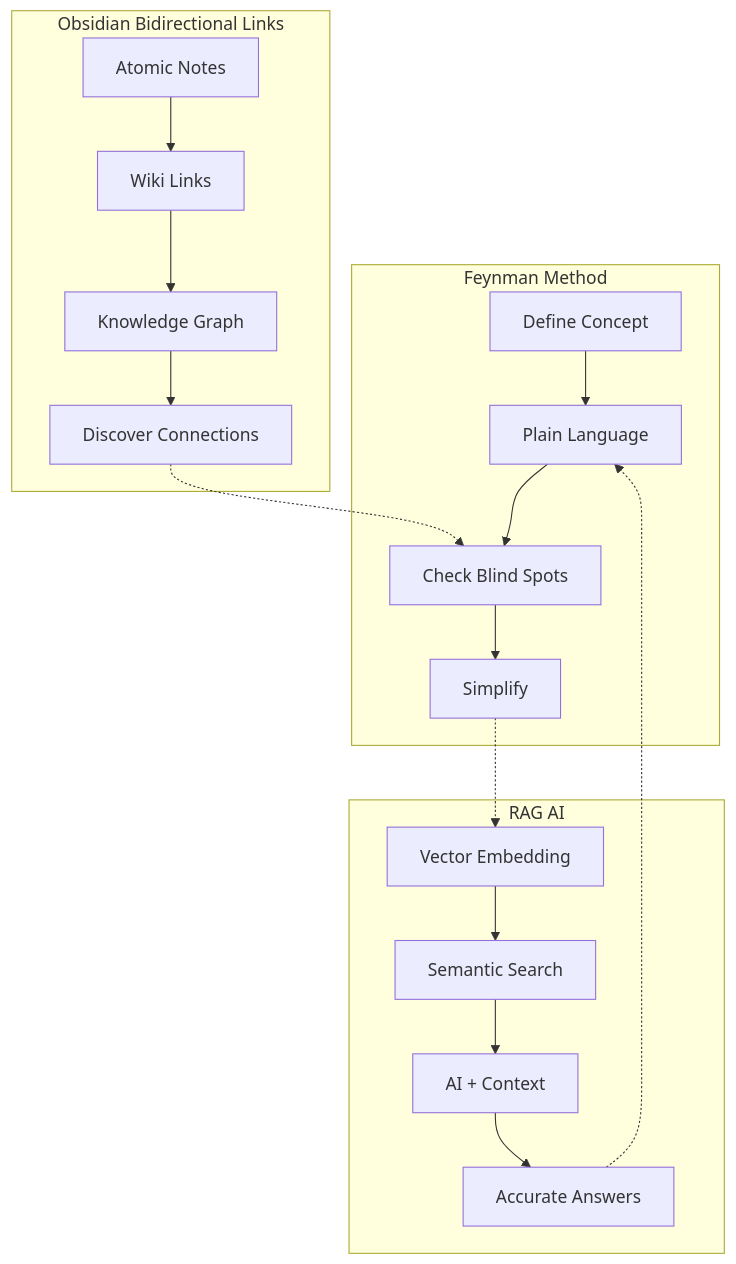
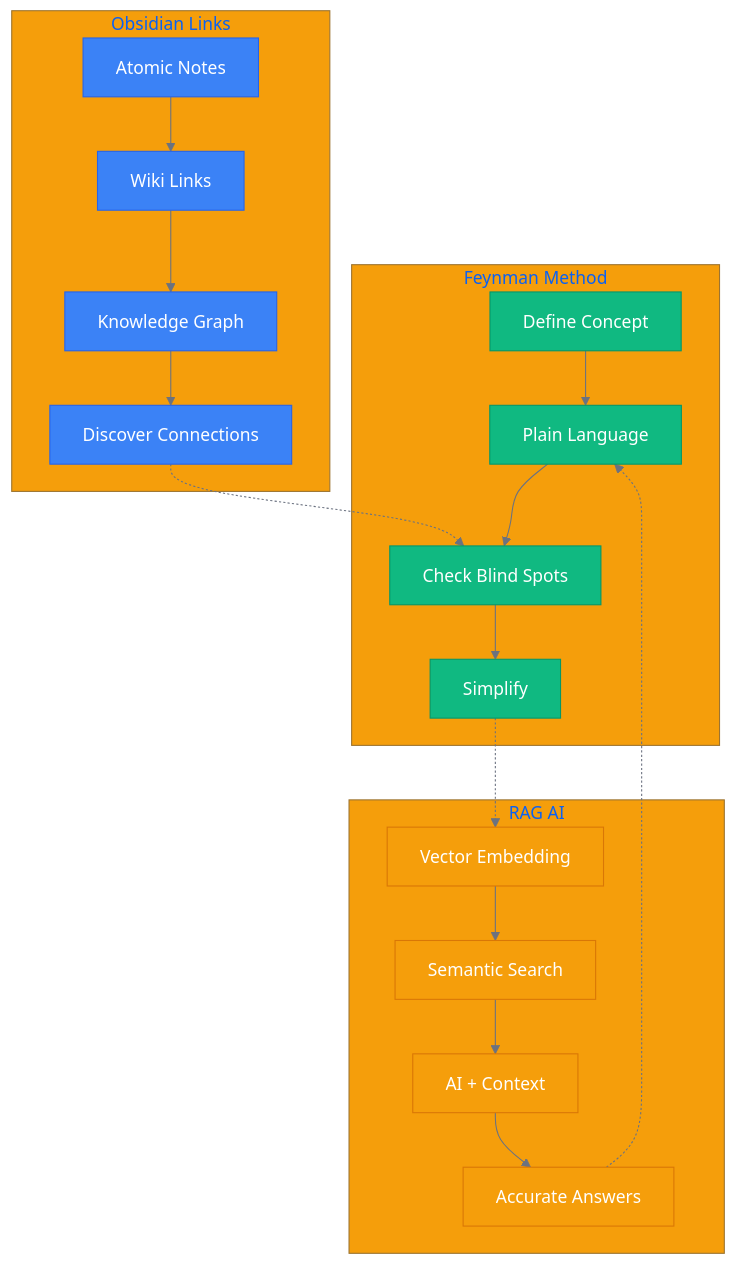
Before and after one commit to 3229218431/FeynFlow: the ninth of 10 diagrams in README.md, drawn with Mermaid. The commit also changed other lines of this file, not shown here.

Commit message:
All 7 Mermaid charts now have proper %%{init} themeVariables + classDef colors. Dark-mode-safe saturated colors with white text. sequenceDiagram, gantt, stateDiagram all styled.

````diff
--- a/README.md
+++ b/README.md
@@ -382,21 +396,26 @@
 ```mermaid
+%%{init: {'theme':'base','themeVariables': {'primaryColor': '#10B981','primaryBorderColor':'#059669','lineColor':'#6B7280','secondaryColor': '#3B82F6','tertiaryColor': '#F59E0B','primaryTextColor':'#fff'}}}%%
 flowchart TD
     subgraph Feynman[Feynman Method]
-        A1[Define Concept] --> A2[Plain Language]
-        A2 --> A3[Check Blind Spots]
-        A3 --> A4[Simplify]
+        A1[Define Concept]:::feyn --> A2[Plain Language]:::feyn
+        A2 --> A3[Check Blind Spots]:::feyn
+        A3 --> A4[Simplify]:::feyn
     end
-    subgraph Obsidian[Obsidian Bidirectional Links]
-        B1[Atomic Notes] --> B2[Wiki Links]
-        B2 --> B3[Knowledge Graph]
-        B3 --> B4[Discover Connections]
+    subgraph Obsidian[Obsidian Links]
+        B1[Atomic Notes]:::obs --> B2[Wiki Links]:::obs
+        B2 --> B3[Knowledge Graph]:::obs
+        B3 --> B4[Discover Connections]:::obs
     end
     subgraph RAG[RAG AI]
-        C1[Vector Embedding] --> C2[Semantic Search]
-        C2 --> C3[AI + Context]
-        C3 --> C4[Accurate Answers]
+        C1[Vector Embedding]:::rag --> C2[Semantic Search]:::rag
+        C2 --> C3[AI + Context]:::rag
+        C3 --> C4[Accurate Answers]:::rag
     end
     A4 -.-> C1
     B4 -.-> A3
     C4 -.-> A2
+    
+    classDef feyn fill:#10B981,stroke:#059669,color:#fff
+    classDef obs fill:#3B82F6,stroke:#2563EB,color:#fff
+    classDef rag fill:#F59E0B,stroke:#D97706,color:#fff
 ```
````
